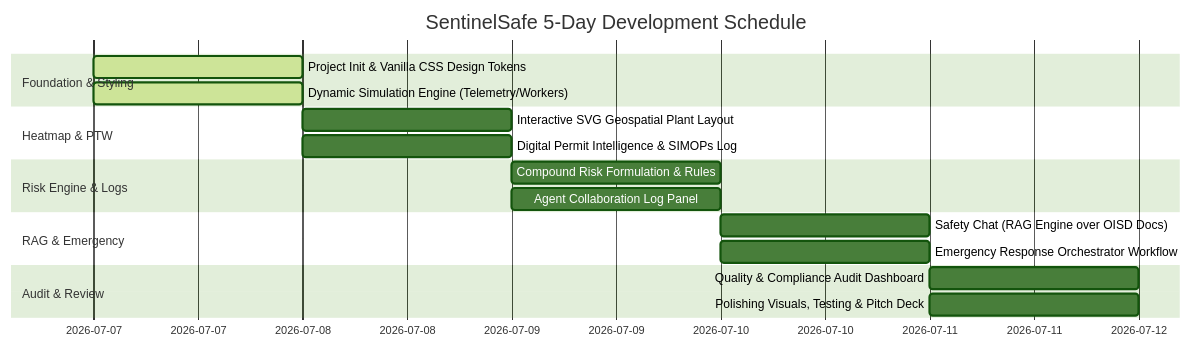
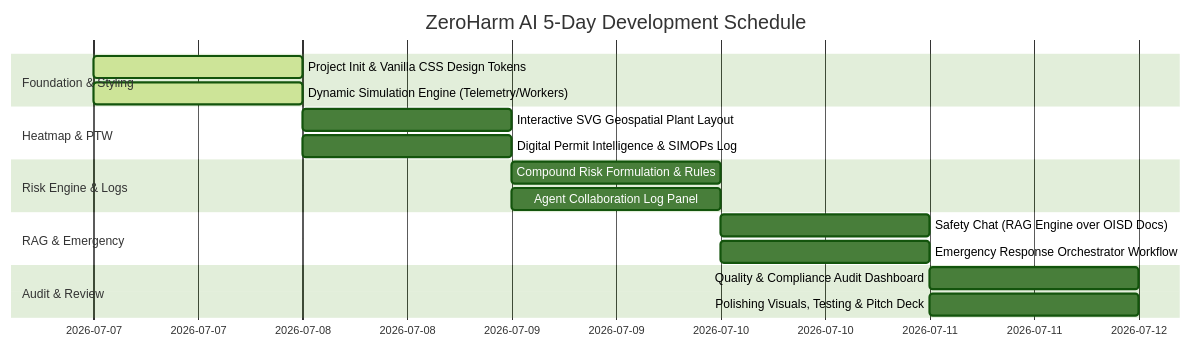
One commit to AnishaPaturi/ZeroHarm-AI changed the second of 2 diagrams in README.md. Above: the diagram before and after it, drawn with Mermaid (forest theme). The commit also changed other lines of this file and 12 other files, not shown here.

First line of the commit message:
v1.9 : feat: Implement ZeroHarm RAG Agent with local vector store and compliance auditing

````diff
--- a/README.md
+++ b/README.md
@@ -138,20 +448,20 @@
 ```mermaid
 gantt
-    title SentinelSafe 5-Day Development Schedule
+    title ZeroHarm AI 5-Day Development Schedule
     dateFormat  YYYY-MM-DD
     section Foundation & Styling
     Project Init & Vanilla CSS Design Tokens  :active, day1, 2026-07-07, 1d
     Dynamic Simulation Engine (Telemetry/Workers) :active, day1_sim, 2026-07-07, 1d
     section Heatmap & PTW
     Interactive SVG Geospatial Plant Layout   : day2_heat, after day1_sim, 1d
     Digital Permit Intelligence & SIMOPs Log  : day2_ptw, after day1_sim, 1d
     section Risk Engine & Logs
     Compound Risk Formulation & Rules         : day3_risk, after day2_ptw, 1d
     Agent Collaboration Log Panel             : day3_log, after day2_ptw, 1d
     section RAG & Emergency
     Safety Chat (RAG Engine over OISD Docs)   : day4_rag, after day3_log, 1d
     Emergency Response Orchestrator Workflow  : day4_em, after day3_log, 1d
     section Audit & Review
     Quality & Compliance Audit Dashboard      : day5_aud, after day4_em, 1d
     Polishing Visuals, Testing & Pitch Deck  : day5_pol, after day4_em, 1d
 ```
````
